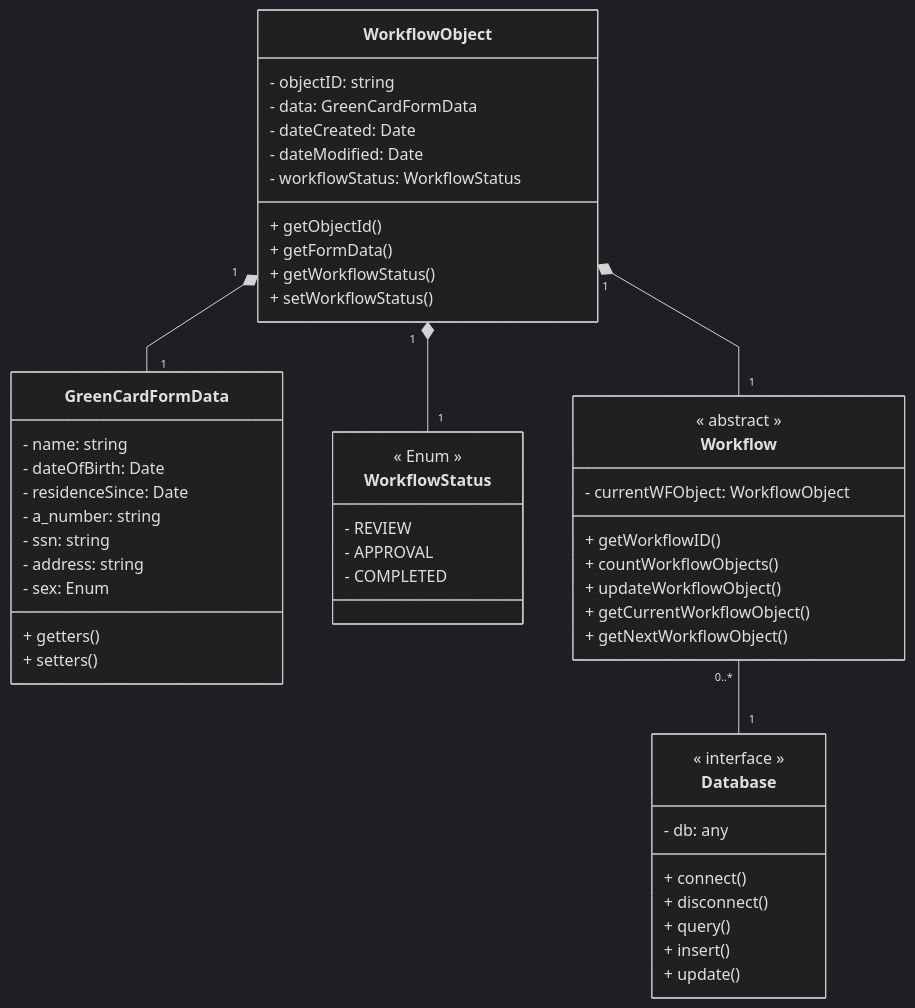
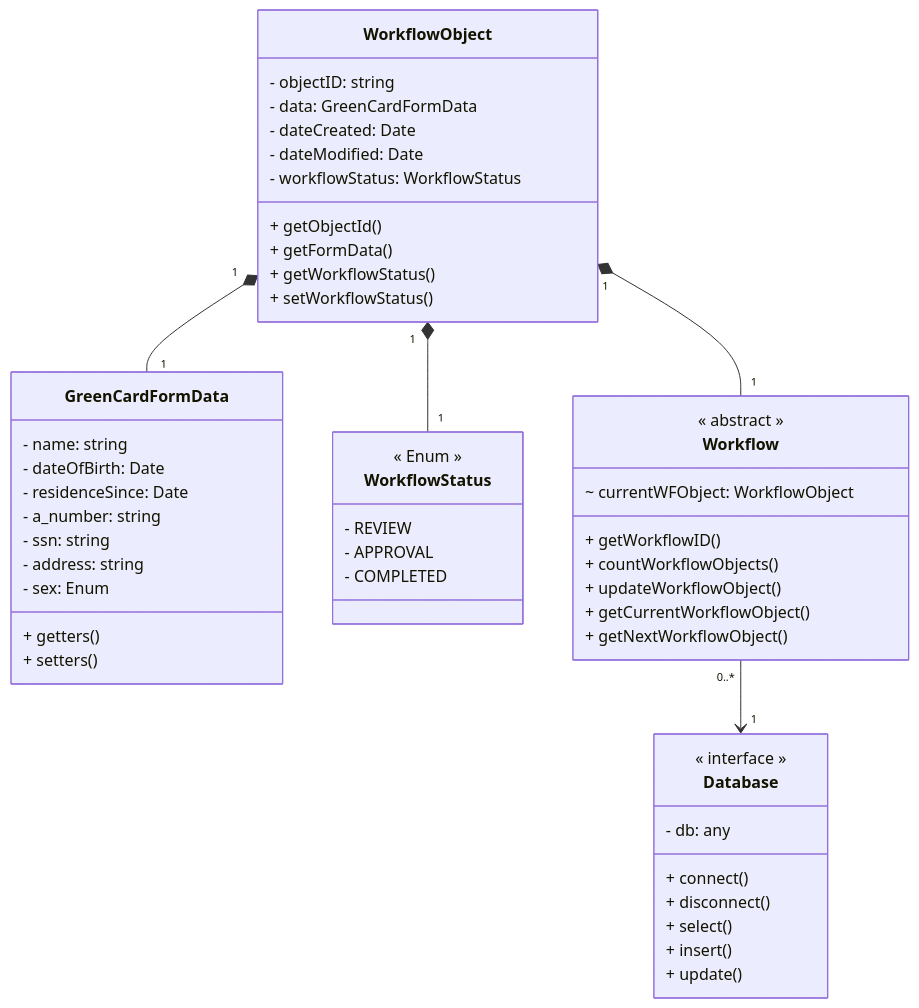
Before and after one commit to tpfahy/CS321: the diagram in docs/SharedClasses.md, drawn with Mermaid. The commit also changed 1 other file, not shown here.

Commit message:
Added Approval Workflow UML

````diff
--- a/docs/SharedClasses.md
+++ b/docs/SharedClasses.md
@@ -1,60 +1,59 @@
 ```mermaid
-%%{ init : { "theme" : "dark", "flowchart" : { "curve" : "linear" }}}%%
 classDiagram
     class GreenCardFormData {
         - name: string
         - dateOfBirth: Date
         - residenceSince: Date
         - a_number: string
         - ssn: string
         - address: string
         - sex: Enum
 
         + getters()
         + setters()
     }
 
     class WorkflowObject {
         - objectID: string
         - data: GreenCardFormData
         - dateCreated: Date
         - dateModified: Date
         - workflowStatus: WorkflowStatus
         + getObjectId()
         + getFormData()
         + getWorkflowStatus()
         + setWorkflowStatus()
     }
 
     class WorkflowStatus {
         << Enum >>
         - REVIEW
         - APPROVAL
         - COMPLETED
     }
 
     class Workflow {
         << abstract >>
-        - currentWFObject: WorkflowObject
+        ~ currentWFObject: WorkflowObject
         + getWorkflowID()
         + countWorkflowObjects()
         + updateWorkflowObject()
         + getCurrentWorkflowObject()
         + getNextWorkflowObject()
     }
 
     class Database {
         << interface >>
         - db: any
         + connect()
         + disconnect()
-        + query()
+        + select()
         + insert()
         + update()
     }
     WorkflowObject "1" *-- "1" GreenCardFormData
     WorkflowObject "1" *-- "1" WorkflowStatus
     WorkflowObject "1" *-- "1" Workflow
-    Workflow "0..*" -- "1" Database
+    Workflow "0..*" --> "1" Database
 
 ```
````
